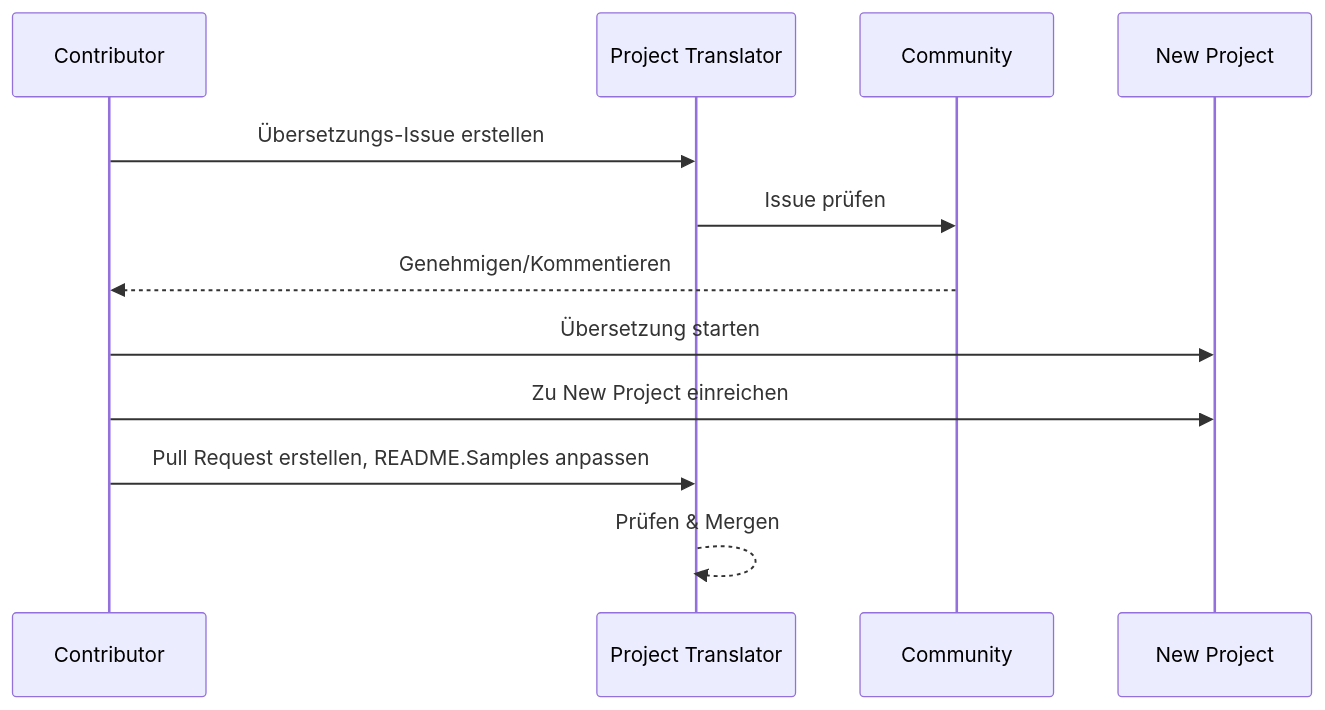
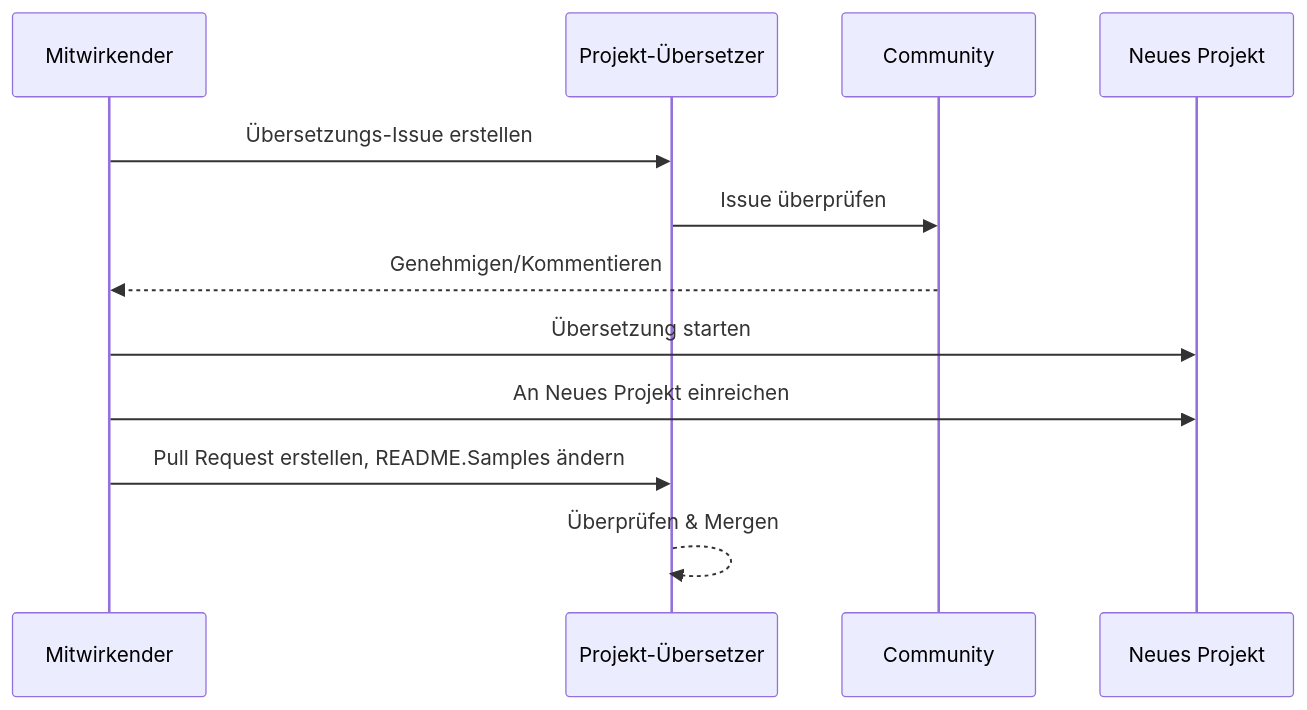
Before and after one commit to Project-Translation/project_translator: the diagram in readmes/README.de-de.md, drawn with Mermaid. The commit also changed other lines of this file and 22 other files, not shown here.

````diff
--- a/readmes/README.de-de.md
+++ b/readmes/README.de-de.md
@@ -63,10 +64,10 @@
 ```mermaid
 sequenceDiagram
-  Contributor->>Project Translator: Übersetzungs-Issue erstellen
-  Project Translator->>Community: Issue prüfen
-  Community-->>Contributor: Genehmigen/Kommentieren
-  Contributor->>New Project: Übersetzung starten
-  Contributor->>New Project: Zu New Project einreichen
-  Contributor->>Project Translator: Pull Request erstellen, README.Samples anpassen
-  Project Translator-->>Project Translator: Prüfen & Mergen
+  Mitwirkender->>Projekt-Übersetzer: Übersetzungs-Issue erstellen
+  Projekt-Übersetzer->>Community: Issue überprüfen
+  Community-->>Mitwirkender: Genehmigen/Kommentieren
+  Mitwirkender->>Neues Projekt: Übersetzung starten
+  Mitwirkender->>Neues Projekt: An Neues Projekt einreichen
+  Mitwirkender->>Projekt-Übersetzer: Pull Request erstellen, README.Samples ändern
+  Projekt-Übersetzer-->>Projekt-Übersetzer: Überprüfen & Mergen
 ```
````
